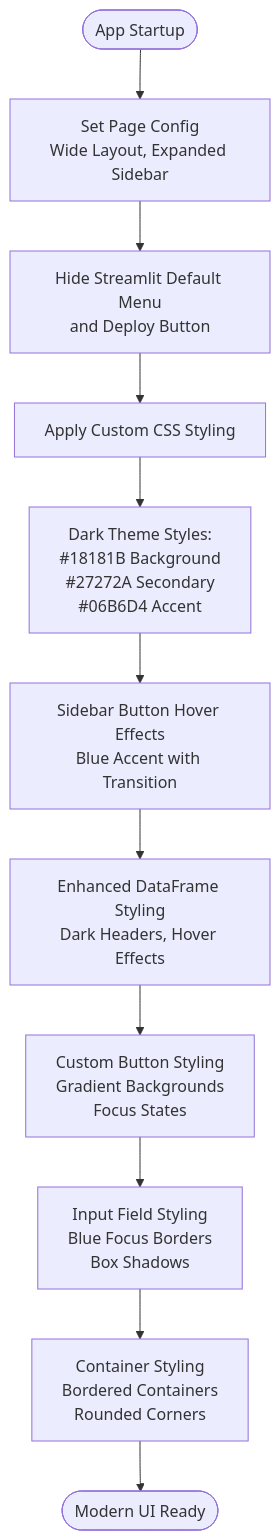
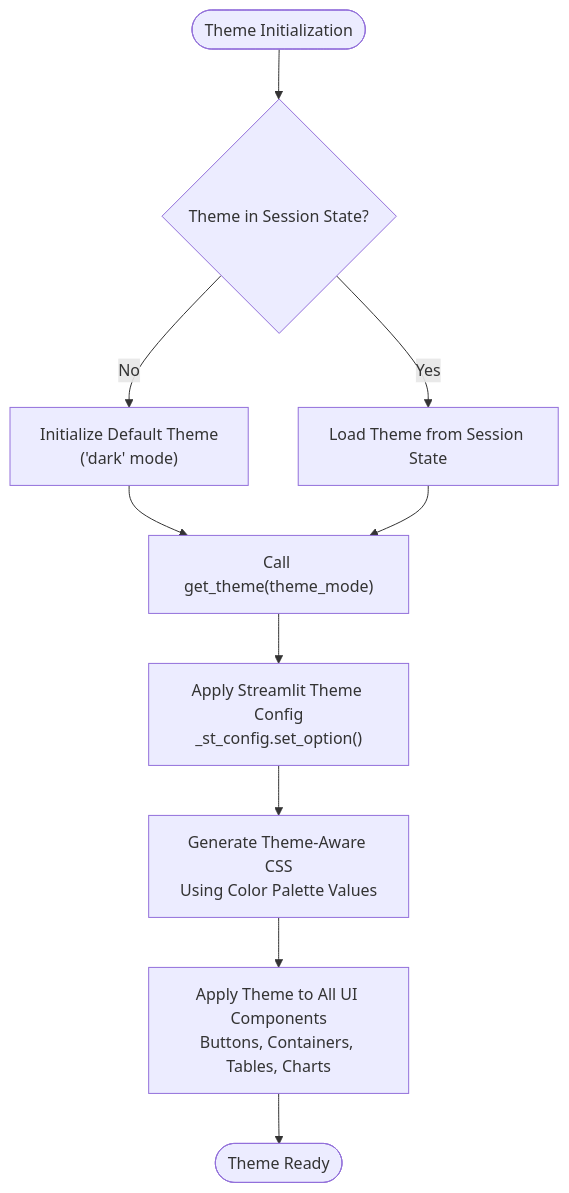
One commit to Johnny22056/SwimingStatus changed the third of 15 diagrams in .qoder/repowiki/en/content/Core Components/Application Controller.md. Above: the diagram before and after it, drawn with Mermaid. The commit also changed other lines of this file and 2 other files, not shown here.

First line of the commit message:
feat(theme): integrate comprehensive dynamic theme management system

````diff
--- a/.qoder/repowiki/en/content/Core Components/Application Controller.md
+++ b/.qoder/repowiki/en/content/Core Components/Application Controller.md
@@ -181,13 +196,12 @@
 ```mermaid
 flowchart TD
-Start([App Startup]) --> SetPageConfig["Set Page Config<br/>Wide Layout, Expanded Sidebar"]
-SetPageConfig --> HideElements["Hide Streamlit Default Menu<br/>and Deploy Button"]
-HideElements --> ApplyCSS["Apply Custom CSS Styling"]
-ApplyCSS --> DarkTheme["Dark Theme Styles:<br/>#18181B Background<br/>#27272A Secondary<br/>#06B6D4 Accent"]
-DarkTheme --> HoverEffects["Sidebar Button Hover Effects<br/>Blue Accent with Transition"]
-HoverEffects --> DataFrameStyles["Enhanced DataFrame Styling<br/>Dark Headers, Hover Effects"]
-DataFrameStyles --> ButtonStyles["Custom Button Styling<br/>Gradient Backgrounds<br/>Focus States"]
-ButtonStyles --> InputStyles["Input Field Styling<br/>Blue Focus Borders<br/>Box Shadows"]
-InputStyles --> ContainerStyles["Container Styling<br/>Bordered Containers<br/>Rounded Corners"]
-ContainerStyles --> End([Modern UI Ready])
+Start([Theme Initialization]) --> CheckState{"Theme in Session State?"}
+CheckState --> |No| InitDefault["Initialize Default Theme<br/>('dark' mode)"]
+CheckState --> |Yes| LoadTheme["Load Theme from Session State"]
+InitDefault --> GetTheme["Call get_theme(theme_mode)"]
+LoadTheme --> GetTheme
+GetTheme --> ApplyStreamlit["Apply Streamlit Theme Config<br/>_st_config.set_option()"]
+ApplyStreamlit --> GenerateCSS["Generate Theme-Aware CSS<br/>Using Color Palette Values"]
+GenerateCSS --> ApplyTheme["Apply Theme to All UI Components<br/>Buttons, Containers, Tables, Charts"]
+ApplyTheme --> End([Theme Ready])
 ```
````
